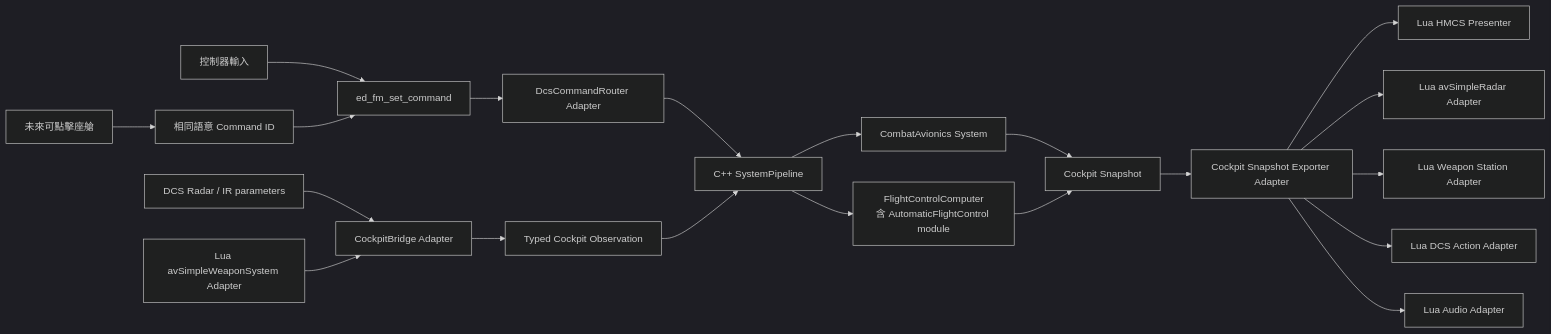
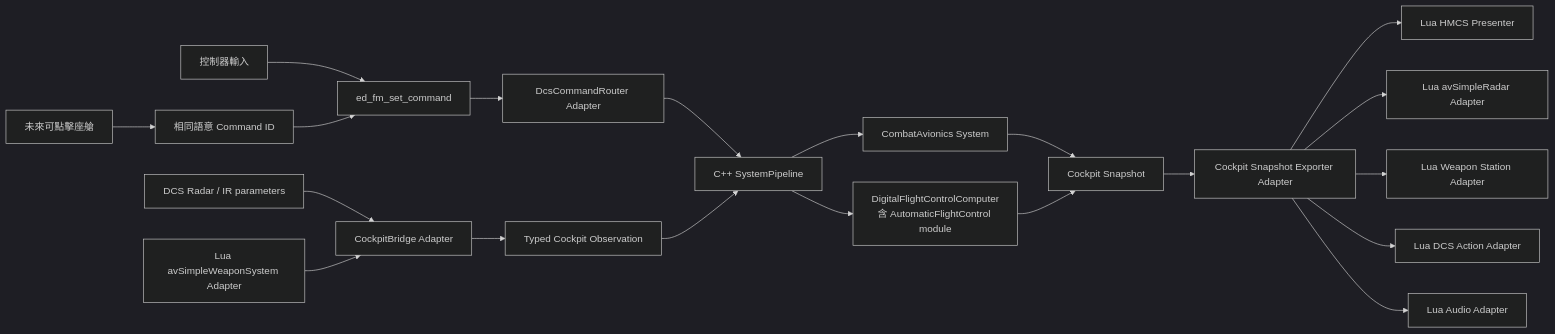
The diagram in docs/COCKPIT_CPP_MIGRATION_PLAN.md (jjjjj103074/F-CK-1C), drawn with Mermaid (dark theme) before and after one commit. The commit also changed other lines of this file and 91 other files, not shown here.

````diff
--- a/docs/COCKPIT_CPP_MIGRATION_PLAN.md
+++ b/docs/COCKPIT_CPP_MIGRATION_PLAN.md
@@ -109,25 +109,25 @@
 ```mermaid
 flowchart LR
     Controller["控制器輸入"] --> EfmCommand["ed_fm_set_command"]
     Clickable["未來可點擊座艙"] --> SemanticCommand["相同語意 Command ID"]
     SemanticCommand --> EfmCommand
     EfmCommand --> Router["DcsCommandRouter Adapter"]
     Router --> Pipeline["C++ SystemPipeline"]
 
     DcsRadar["DCS Radar / IR parameters"] --> CockpitBridge["CockpitBridge Adapter"]
     LuaWeapon["Lua avSimpleWeaponSystem Adapter"] --> CockpitBridge
     CockpitBridge --> Observation["Typed Cockpit Observation"]
     Observation --> Pipeline
 
-    Pipeline --> FCC["FlightControlComputer\n含 AutomaticFlightControl module"]
+    Pipeline --> FCC["DigitalFlightControlComputer\n含 AutomaticFlightControl module"]
     Pipeline --> Combat["CombatAvionics System"]
     Combat --> Snapshot["Cockpit Snapshot"]
     FCC --> Snapshot
 
     Snapshot --> Exporter["Cockpit Snapshot Exporter Adapter"]
     Exporter --> Hmcs["Lua HMCS Presenter"]
     Exporter --> RadarAdapter["Lua avSimpleRadar Adapter"]
     Exporter --> WeaponAdapter["Lua Weapon Station Adapter"]
     Exporter --> ActionAdapter["Lua DCS Action Adapter"]
     Exporter --> AudioAdapter["Lua Audio Adapter"]
 ```
````
